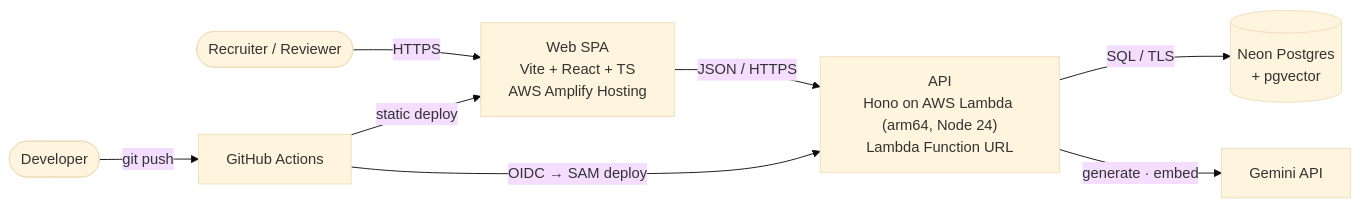
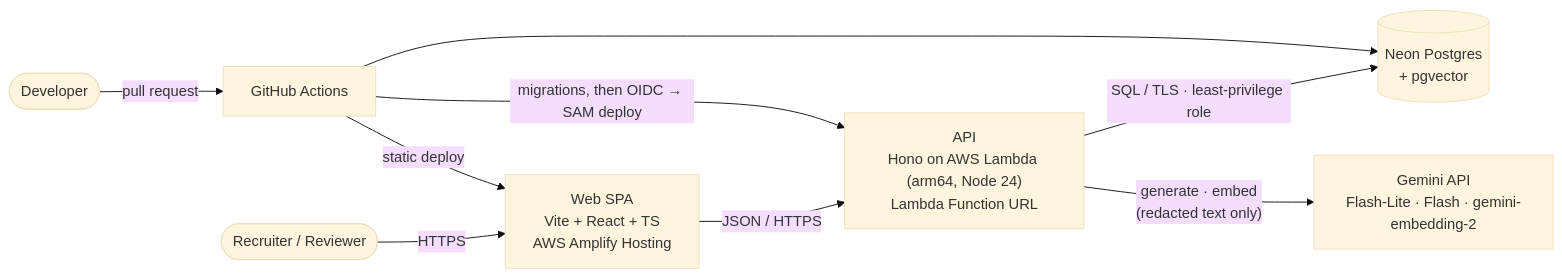
Before and after one commit to Hqasim/hiresignal: the diagram in README.md, drawn with Mermaid (base theme). The commit also changed other lines of this file, not shown here.

````diff
--- a/README.md
+++ b/README.md
@@ -28,10 +57,11 @@
 ```mermaid
 flowchart LR
   user([Recruiter / Reviewer]) -->|HTTPS| web["Web SPA<br/>Vite + React + TS<br/>AWS Amplify Hosting"]
   web -->|JSON / HTTPS| api["API<br/>Hono on AWS Lambda (arm64, Node 24)<br/>Lambda Function URL"]
-  api -->|SQL / TLS| db[("Neon Postgres<br/>+ pgvector")]
-  api -->|generate · embed| gem["Gemini API"]
-  dev([Developer]) -->|git push| gha[GitHub Actions]
-  gha -->|"OIDC → SAM deploy"| api
+  api -->|"SQL / TLS · least-privilege role"| db[("Neon Postgres<br/>+ pgvector")]
+  api -->|"generate · embed<br/>(redacted text only)"| gem["Gemini API<br/>Flash-Lite · Flash · gemini-embedding-2"]
+  dev([Developer]) -->|pull request| gha[GitHub Actions]
+  gha -->|"migrations, then OIDC → SAM deploy"| api
+  gha --> db
   gha -->|static deploy| web
 ```
````
